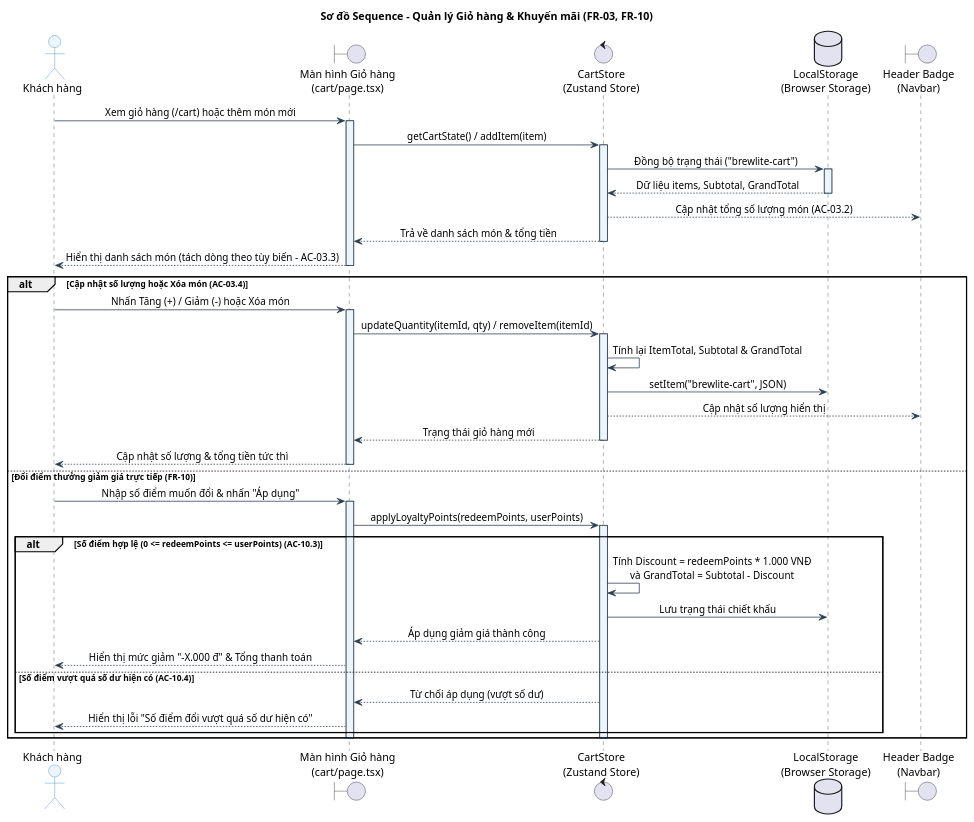
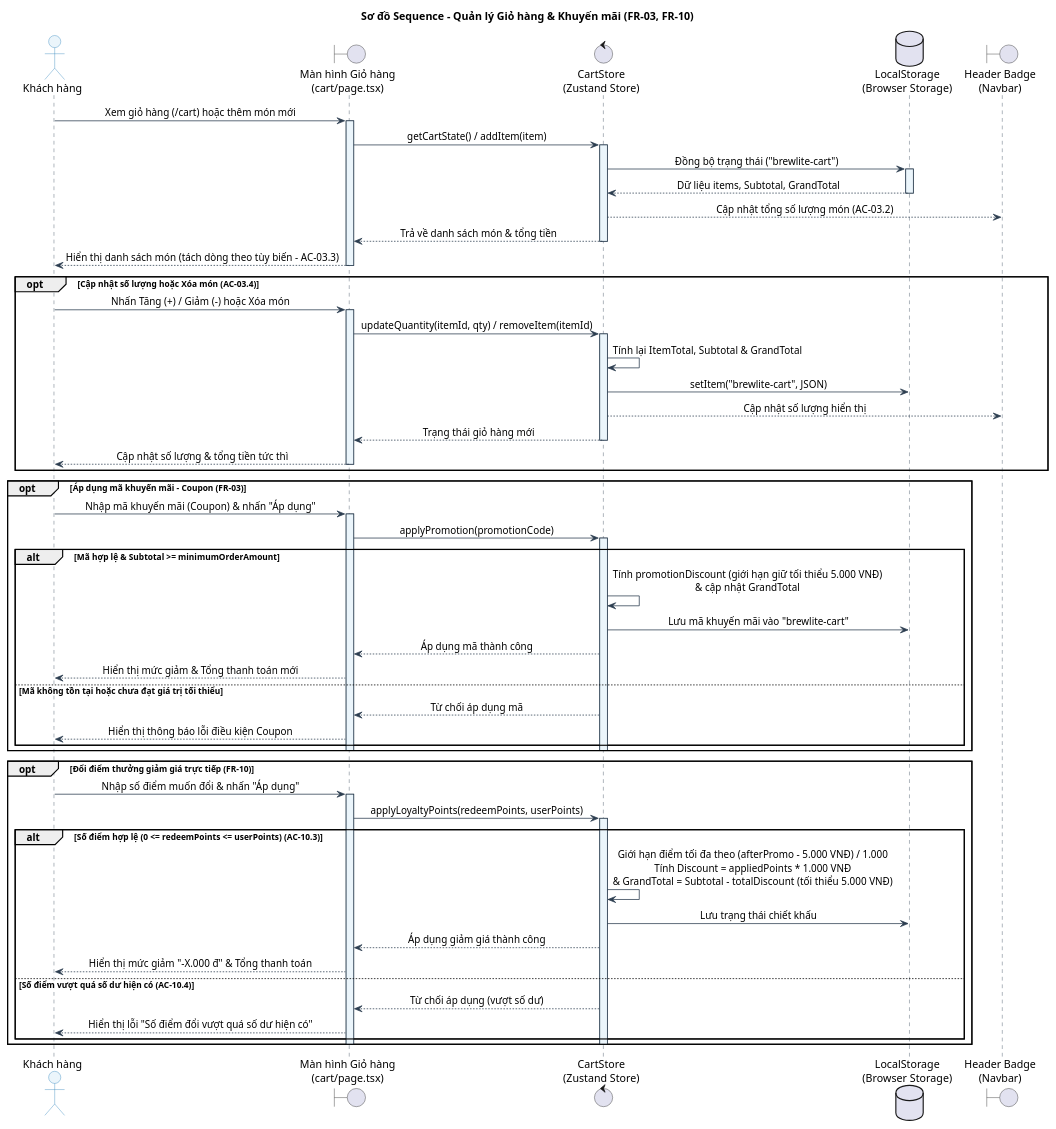
One commit to Phuc280106/BrewLite2 changed the diagram in docs/diagrams/cart/sequence-cart.puml. Above: the diagram before and after it, drawn with PlantUML. The commit also changed 1 other file, not shown here.

Commit message:
docs(diagrams): tach 3 khung opt va bo sung luong coupon trong sequence-cart

```diff
--- a/docs/diagrams/cart/sequence-cart.puml
+++ b/docs/diagrams/cart/sequence-cart.puml
@@ -1,73 +1,92 @@
 @startuml
 title Sơ đồ Sequence - Quản lý Giỏ hàng & Khuyến mãi (FR-03, FR-10)
 
 skinparam backgroundColor white
 skinparam sequence {
     ArrowColor #2C3E50
     LifeLineBorderColor #2C3E50
     LifeLineBorderThickness 1.5
     LifeLineBackgroundColor #EBF5FB
     ParticipantBorderColor #2980B9
     ParticipantBackgroundColor #EBF5FB
     ParticipantFontColor #1B4F72
     ActorBorderColor #2980B9
     ActorBackgroundColor #EBF5FB
     BoxBorderColor #2C3E50
     BoxBackgroundColor #FFFFFF
     MessageAlign center
     ResponseMessageBelowArrow true
 }
 
 actor "Khách hàng" as User
 boundary "Màn hình Giỏ hàng\n(cart/page.tsx)" as CartUI
 control "CartStore\n(Zustand Store)" as Store
 database "LocalStorage\n(Browser Storage)" as Storage
 boundary "Header Badge\n(Navbar)" as Badge
 
 User -> CartUI : Xem giỏ hàng (/cart) hoặc thêm món mới
 activate CartUI
 CartUI -> Store : getCartState() / addItem(item)
 activate Store
 Store -> Storage : Đồng bộ trạng thái ("brewlite-cart")
 activate Storage
 Storage --> Store : Dữ liệu items, Subtotal, GrandTotal
 deactivate Storage
 Store --> Badge : Cập nhật tổng số lượng món (AC-03.2)
 Store --> CartUI : Trả về danh sách món & tổng tiền
 deactivate Store
 CartUI --> User : Hiển thị danh sách món (tách dòng theo tùy biến - AC-03.3)
 deactivate CartUI
 
-alt Cập nhật số lượng hoặc Xóa món (AC-03.4)
+opt Cập nhật số lượng hoặc Xóa món (AC-03.4)
     User -> CartUI : Nhấn Tăng (+) / Giảm (-) hoặc Xóa món
     activate CartUI
     CartUI -> Store : updateQuantity(itemId, qty) / removeItem(itemId)
     activate Store
     Store -> Store : Tính lại ItemTotal, Subtotal & GrandTotal
     Store -> Storage : setItem("brewlite-cart", JSON)
     Store --> Badge : Cập nhật số lượng hiển thị
     Store --> CartUI : Trạng thái giỏ hàng mới
     deactivate Store
     CartUI --> User : Cập nhật số lượng & tổng tiền tức thì
     deactivate CartUI
+end
 
-else Đổi điểm thưởng giảm giá trực tiếp (FR-10)
+opt Áp dụng mã khuyến mãi - Coupon (FR-03)
+    User -> CartUI : Nhập mã khuyến mãi (Coupon) & nhấn "Áp dụng"
+    activate CartUI
+    CartUI -> Store : applyPromotion(promotionCode)
+    activate Store
+    alt Mã hợp lệ & Subtotal >= minimumOrderAmount
+        Store -> Store : Tính promotionDiscount (giới hạn giữ tối thiểu 5.000 VNĐ)\n& cập nhật GrandTotal
+        Store -> Storage : Lưu mã khuyến mãi vào "brewlite-cart"
+        Store --> CartUI : Áp dụng mã thành công
+        CartUI --> User : Hiển thị mức giảm & Tổng thanh toán mới
+    else Mã không tồn tại hoặc chưa đạt giá trị tối thiểu
+        Store --> CartUI : Từ chối áp dụng mã
+        CartUI --> User : Hiển thị thông báo lỗi điều kiện Coupon
+    end
+    deactivate Store
+    deactivate CartUI
+end
+
+opt Đổi điểm thưởng giảm giá trực tiếp (FR-10)
     User -> CartUI : Nhập số điểm muốn đổi & nhấn "Áp dụng"
     activate CartUI
     CartUI -> Store : applyLoyaltyPoints(redeemPoints, userPoints)
     activate Store
 
     alt Số điểm hợp lệ (0 <= redeemPoints <= userPoints) (AC-10.3)
-        Store -> Store : Tính Discount = redeemPoints * 1.000 VNĐ\nvà GrandTotal = Subtotal - Discount
+        Store -> Store : Giới hạn điểm tối đa theo (afterPromo - 5.000 VNĐ) / 1.000\nTính Discount = appliedPoints * 1.000 VNĐ\n& GrandTotal = Subtotal - totalDiscount (tối thiểu 5.000 VNĐ)
         Store -> Storage : Lưu trạng thái chiết khấu
         Store --> CartUI : Áp dụng giảm giá thành công
         CartUI --> User : Hiển thị mức giảm "-X.000 đ" & Tổng thanh toán
     else Số điểm vượt quá số dư hiện có (AC-10.4)
         Store --> CartUI : Từ chối áp dụng (vượt số dư)
         CartUI --> User : Hiển thị lỗi "Số điểm đổi vượt quá số dư hiện có"
     end
     deactivate Store
     deactivate CartUI
 end
 
 @enduml
```
